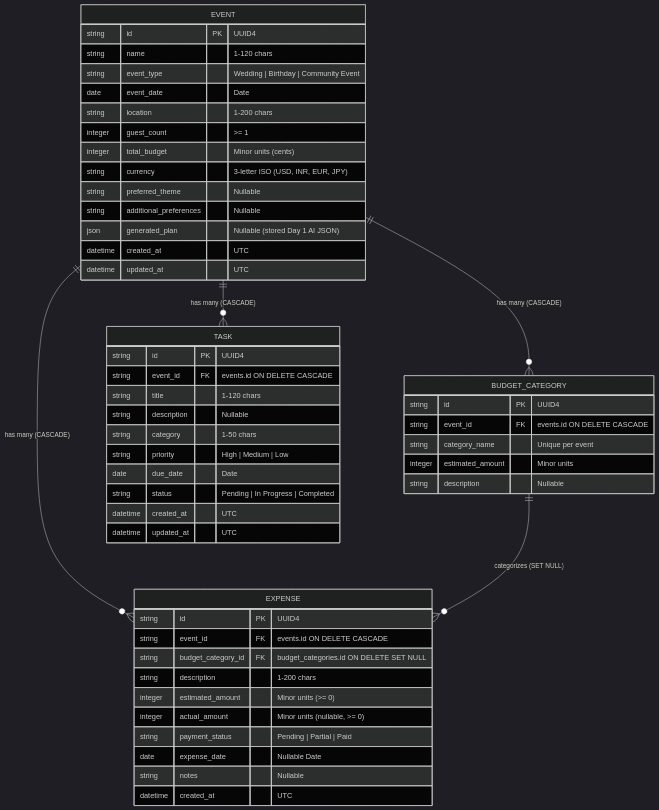
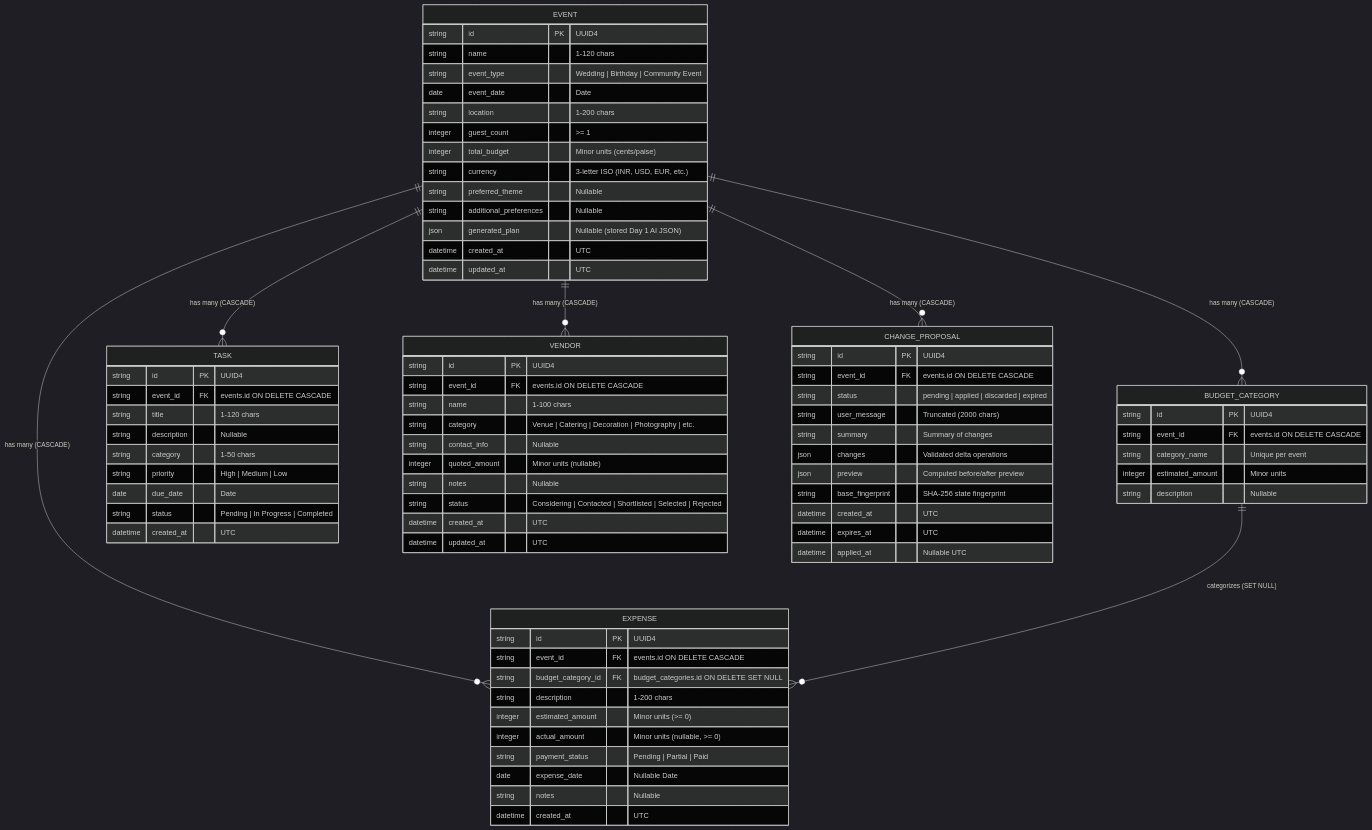
The diagram in README.md (LakshGarg17/EventMate-AI), drawn with Mermaid (dark theme) before and after one commit. The commit also changed other lines of this file, not shown here.

````diff
--- a/README.md
+++ b/README.md
@@ -52,6 +93,8 @@
     EVENT ||--o{ BUDGET_CATEGORY : "has many (CASCADE)"
     EVENT ||--o{ EXPENSE : "has many (CASCADE)"
     EVENT ||--o{ TASK : "has many (CASCADE)"
+    EVENT ||--o{ VENDOR : "has many (CASCADE)"
+    EVENT ||--o{ CHANGE_PROPOSAL : "has many (CASCADE)"
     BUDGET_CATEGORY ||--o{ EXPENSE : "categorizes (SET NULL)"
 
     EVENT {
@@ -61,8 +104,8 @@
         date event_date "Date"
         string location "1-200 chars"
         integer guest_count ">= 1"
-        integer total_budget "Minor units (cents)"
-        string currency "3-letter ISO (USD, INR, EUR, JPY)"
+        integer total_budget "Minor units (cents/paise)"
+        string currency "3-letter ISO (INR, USD, EUR, etc.)"
         string preferred_theme "Nullable"
         string additional_preferences "Nullable"
         json generated_plan "Nullable (stored Day 1 AI JSON)"
@@ -101,6 +144,32 @@
         date due_date "Date"
         string status "Pending | In Progress | Completed"
         datetime created_at "UTC"
+    }
+
+    VENDOR {
+        string id PK "UUID4"
+        string event_id FK "events.id ON DELETE CASCADE"
+        string name "1-100 chars"
+        string category "Venue | Catering | Decoration | Photography | etc."
+        string contact_info "Nullable"
+        integer quoted_amount "Minor units (nullable)"
+        string notes "Nullable"
+        string status "Considering | Contacted | Shortlisted | Selected | Rejected"
+        datetime created_at "UTC"
         datetime updated_at "UTC"
     }
+
+    CHANGE_PROPOSAL {
+        string id PK "UUID4"
+        string event_id FK "events.id ON DELETE CASCADE"
+        string status "pending | applied | discarded | expired"
+        string user_message "Truncated (2000 chars)"
+        string summary "Summary of changes"
+        json changes "Validated delta operations"
+        json preview "Computed before/after preview"
+        string base_fingerprint "SHA-256 state fingerprint"
+        datetime created_at "UTC"
+        datetime expires_at "UTC"
+        datetime applied_at "Nullable UTC"
+    }
 ```
````
